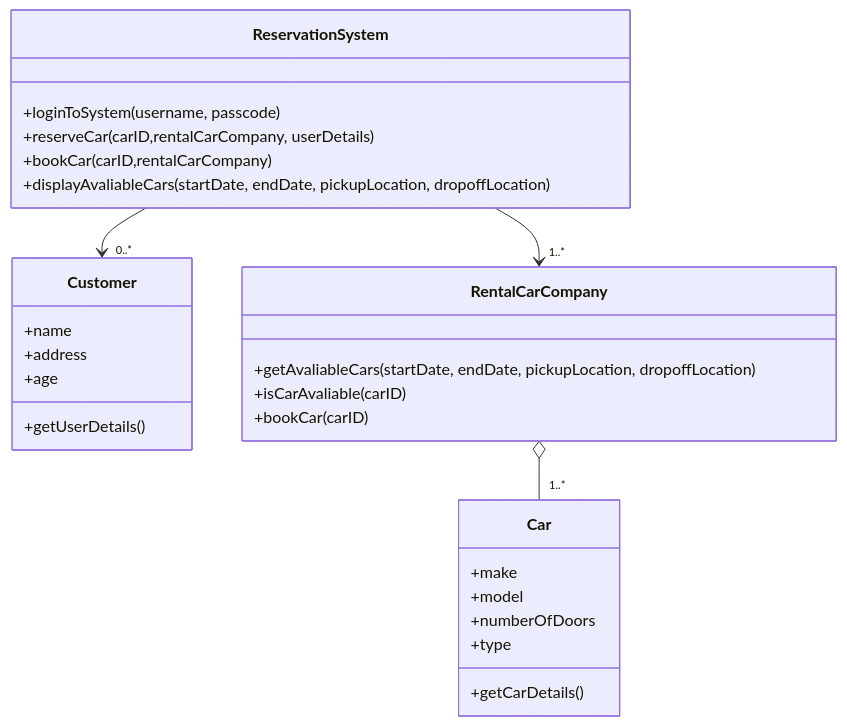
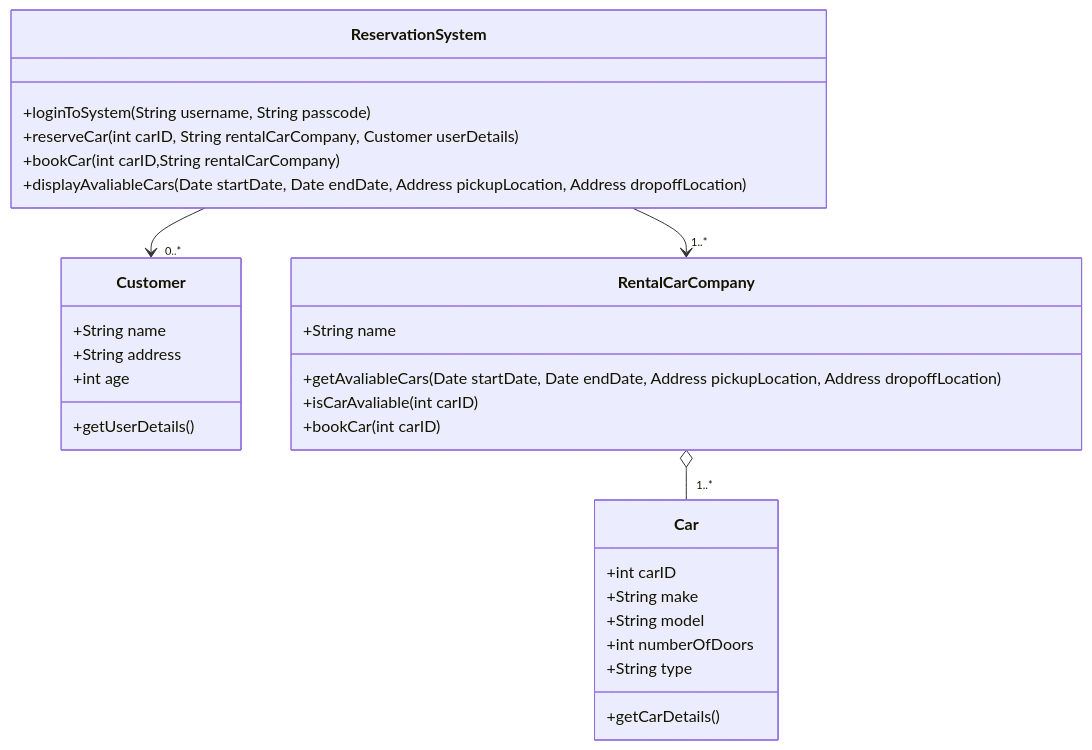
One commit to AdamCorbinFAUPhD/COP5339-Object-Oriented-Software-Design changed the diagram in Homeworks/Homework2/q3/q3.md. Above: the diagram before and after it, drawn with Mermaid. The commit also changed 1 other file, not shown here.

Commit message:
Adding types to class diagrams

````diff
--- a/Homeworks/Homework2/q3/q3.md
+++ b/Homeworks/Homework2/q3/q3.md
@@ -30,34 +30,36 @@
 ```mermaid
 classDiagram
 class Car
-Car: +make
-Car: +model
-Car: +numberOfDoors
-Car: +type
+Car: +int carID
+Car: +String make
+Car: +String model
+Car: +int numberOfDoors
+Car: +String type
 Car: +getCarDetails()
 
 class ReservationSystem
-ReservationSystem: +loginToSystem(username, passcode)
-ReservationSystem: +reserveCar(carID,rentalCarCompany, userDetails)
-ReservationSystem: +bookCar(carID,rentalCarCompany)
-ReservationSystem: +displayAvaliableCars(startDate, endDate, pickupLocation, dropoffLocation)
+ReservationSystem: +loginToSystem(String username, String passcode)
+ReservationSystem: +reserveCar(int carID, String rentalCarCompany, Customer userDetails)
+ReservationSystem: +bookCar(int carID,String rentalCarCompany)
+ReservationSystem: +displayAvaliableCars(Date startDate, Date endDate, Address pickupLocation, Address dropoffLocation)
 
 class Customer
 Customer: +getUserDetails()
-Customer: +name
-Customer: +address
-Customer: +age
+Customer: +String name
+Customer: +String address
+Customer: +int age
 
 class RentalCarCompany
-RentalCarCompany: +getAvaliableCars(startDate, endDate, pickupLocation, dropoffLocation)
-RentalCarCompany: +isCarAvaliable(carID)
-RentalCarCompany: +bookCar(carID)
+RentalCarCompany: +String name
+RentalCarCompany: +getAvaliableCars(Date startDate, Date endDate, Address pickupLocation, Address dropoffLocation)
+RentalCarCompany: +isCarAvaliable(int carID)
+RentalCarCompany: +bookCar(int carID)
 
 
 RentalCarCompany o-- "1..*" Car
 
 ReservationSystem --> "1..*" RentalCarCompany
 
 ReservationSystem --> "0..*" Customer
 
 ```
````
